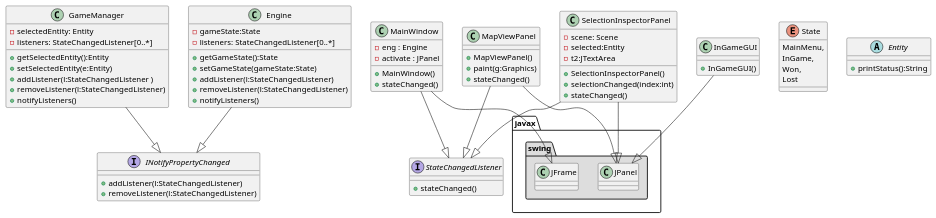
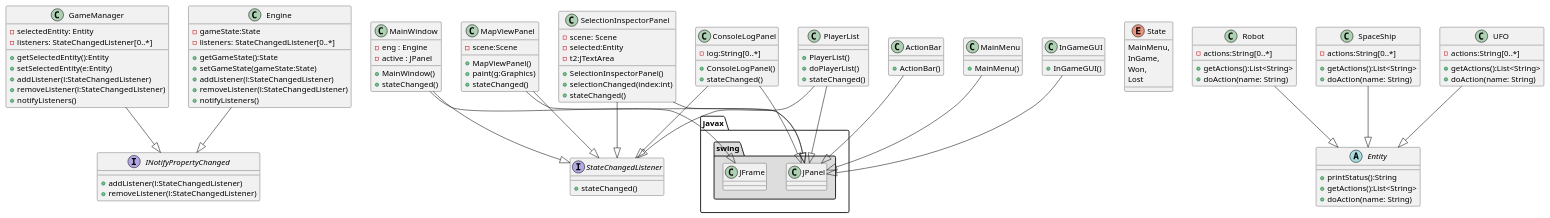
One commit to viseguard-studios/Documentation changed the diagram in docs/bead11/class_diag.puml. Above: the diagram before and after it, drawn with PlantUML. The commit also changed 10 other files, not shown here.

```diff
--- a/docs/bead11/class_diag.puml
+++ b/docs/bead11/class_diag.puml
@@ -1,97 +1,153 @@
 @startuml
 
 package "javax.swing"#DDDDDD{
 
     class JFrame{
     }
     class JPanel {
         
     }
 }
 
 interface INotifyPropertyChanged {
 
     +  addListener(l:StateChangedListener)
     +  removeListener(l:StateChangedListener)
 }
 
 interface StateChangedListener{
     +  stateChanged()
 }
 
 class MainWindow{
     - eng : Engine
-    - activate : JPanel
+    - active : JPanel
 
     + MainWindow()
-    +  stateChanged()    
+    + stateChanged()    
 }
 MainWindow --|> JFrame
 MainWindow --|> StateChangedListener
 
 class InGameGUI {
     + InGameGUI()
 }
 InGameGUI --|> JPanel
 
 
 class MapViewPanel {
+    -scene:Scene
     +MapViewPanel()
     +paint(g:Graphics)
     +stateChanged()
 }
 MapViewPanel --|> StateChangedListener
 MapViewPanel --|> JPanel
 
 class SelectionInspectorPanel  {
-
-
     - scene: Scene
     - selected:Entity 
     - t2:JTextArea 
 
     + SelectionInspectorPanel() 
     + selectionChanged(index:int)
     + stateChanged() 
 }
 SelectionInspectorPanel --|> StateChangedListener
 SelectionInspectorPanel --|> JPanel
 
+class ActionBar{
+    +ActionBar()
+}
+ActionBar --|>JPanel
+
+class ConsoleLogPanel{
+    - log:String[0..*] 
+
+    + ConsoleLogPanel()
+    + stateChanged()
+}
+ConsoleLogPanel --|>JPanel
+ConsoleLogPanel --|>StateChangedListener
+
+
+class PlayerList {
+
+    +PlayerList()
+    +doPlayerList()
+    +stateChanged()
+}
+PlayerList --|>JPanel
+PlayerList --|>StateChangedListener
+
+
+ class MainMenu{
+
+    + MainMenu()
+}
+MainMenu--|>JPanel
+
+
 class GameManager {
-    -  selectedEntity: Entity
+    - selectedEntity: Entity
     - listeners: StateChangedListener[0..*] 
 
     + getSelectedEntity():Entity
     + setSelectedEntity(e:Entity)
-    +  addListener(l:StateChangedListener ) 
-    +  removeListener(l:StateChangedListener)
-    +  notifyListeners()
+    + addListener(l:StateChangedListener) 
+    + removeListener(l:StateChangedListener)
+    + notifyListeners()
 }
 GameManager --|> INotifyPropertyChanged
 
 
 enum State{
     MainMenu,
     InGame,
     Won,
     Lost
 }
 
 class Engine  {
     - gameState:State 
     - listeners: StateChangedListener[0..*] 
 
     + getGameState():State 
     + setGameState(gameState:State) 
     + addListener(l:StateChangedListener) 
     + removeListener(l:StateChangedListener) 
     + notifyListeners()
 }
 Engine --|> INotifyPropertyChanged
 
 abstract class Entity {
     + printStatus():String
+    + getActions():List<String>
+    + doAction(name: String)
 }
+
+ class Robot {
+    -actions:String[0..*]
+    + getActions():List<String>
+    + doAction(name: String)
+}
+Robot --|> Entity
+
+ class SpaceShip {
+    -actions:String[0..*]
+    + getActions():List<String>
+    + doAction(name: String)
+}
+ SpaceShip--|> Entity
+
+class UFO {
+    -actions:String[0..*]
+    + getActions():List<String>
+    + doAction(name: String)
+}
+ UFO--|> Entity
+
+
 
 
 @enduml
```
